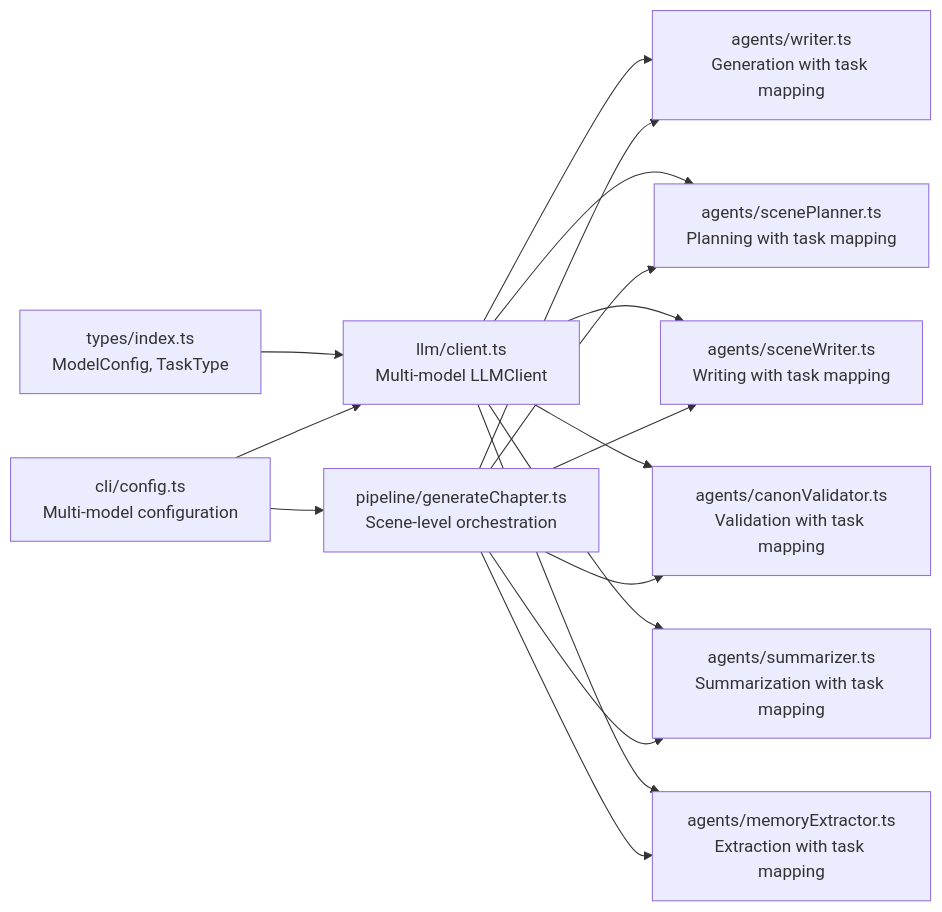
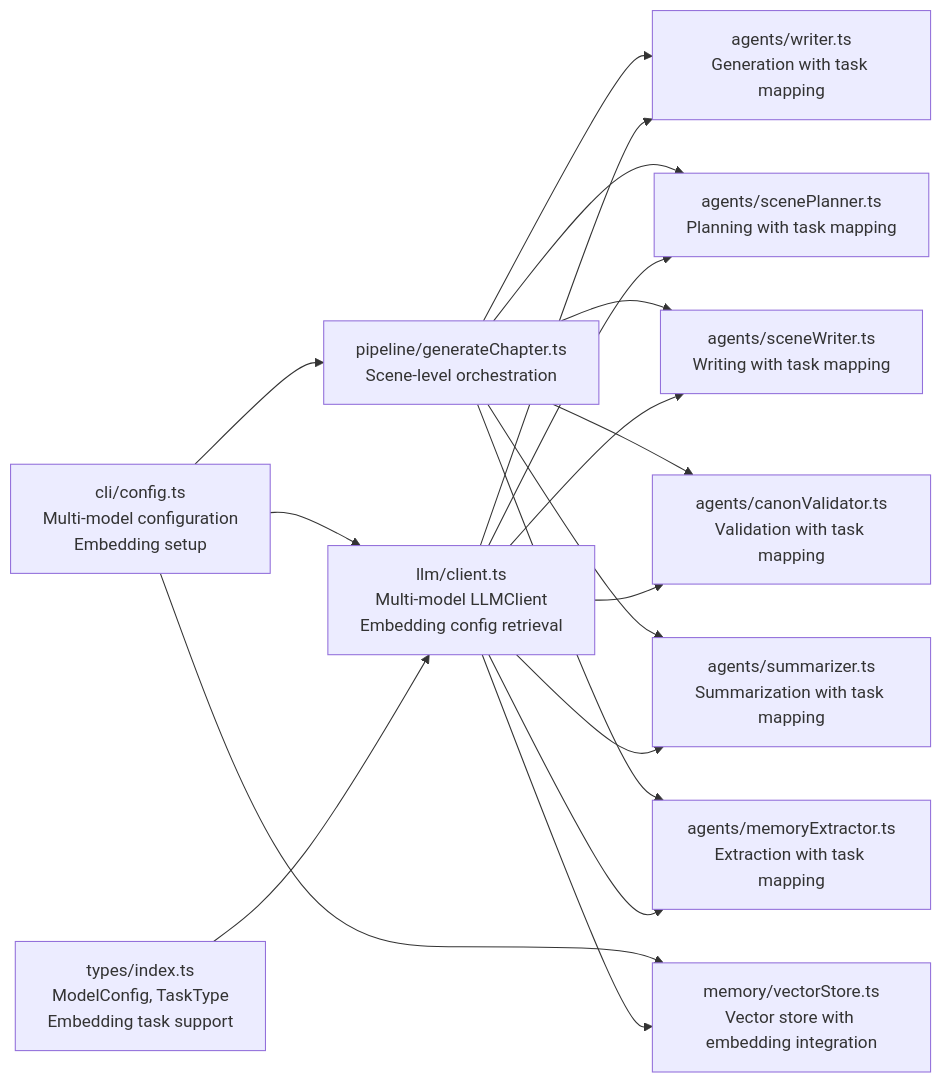
The eighth of 8 diagrams in .qoder/repowiki/en/content/LLM Integration and Configuration.md (liwonder/NARRITIVE_OS), drawn with Mermaid before and after one commit. The commit also changed other lines of this file and 12 other files, not shown here.

Commit message:
new model provider support: alibaba and ark

````diff
--- a/.qoder/repowiki/en/content/LLM Integration and Configuration.md
+++ b/.qoder/repowiki/en/content/LLM Integration and Configuration.md
@@ -455,18 +555,20 @@
 ```mermaid
 graph LR
-TYPES["types/index.ts<br/>ModelConfig, TaskType"] --> CLIENT["llm/client.ts<br/>Multi-model LLMClient"]
+TYPES["types/index.ts<br/>ModelConfig, TaskType<br/>Embedding task support"] --> CLIENT["llm/client.ts<br/>Multi-model LLMClient<br/>Embedding config retrieval"]
 CLIENT --> WR["agents/writer.ts<br/>Generation with task mapping"]
 CLIENT --> PLAN["agents/scenePlanner.ts<br/>Planning with task mapping"]
 CLIENT --> WRITE["agents/sceneWriter.ts<br/>Writing with task mapping"]
 CLIENT --> VAL["agents/canonValidator.ts<br/>Validation with task mapping"]
 CLIENT --> SUM["agents/summarizer.ts<br/>Summarization with task mapping"]
 CLIENT --> MEM["agents/memoryExtractor.ts<br/>Extraction with task mapping"]
+CLIENT --> VECTOR["memory/vectorStore.ts<br/>Vector store with embedding integration"]
 PIPE["pipeline/generateChapter.ts<br/>Scene-level orchestration"] --> WR
 PIPE --> PLAN
 PIPE --> WRITE
 PIPE --> VAL
 PIPE --> SUM
 PIPE --> MEM
-CFG["cli/config.ts<br/>Multi-model configuration"] --> CLIENT
+CFG["cli/config.ts<br/>Multi-model configuration<br/>Embedding setup"] --> CLIENT
 CFG --> PIPE
+CFG --> VECTOR
 ```
````
